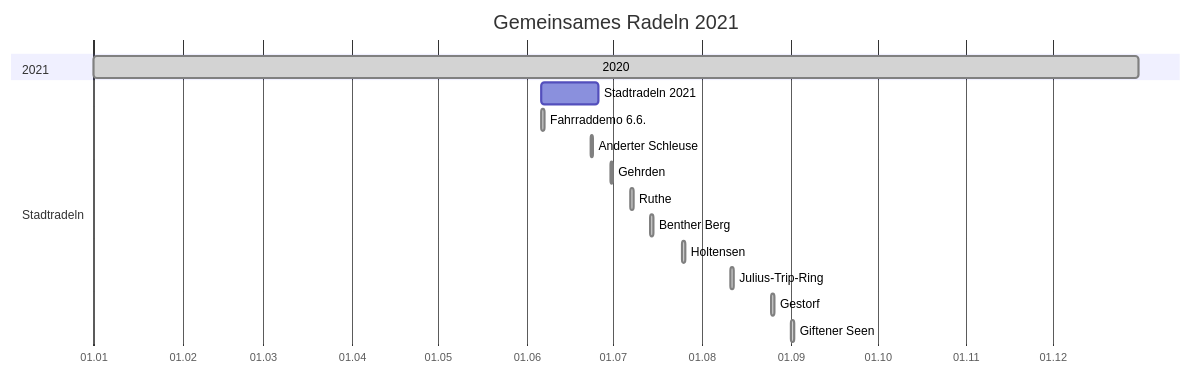
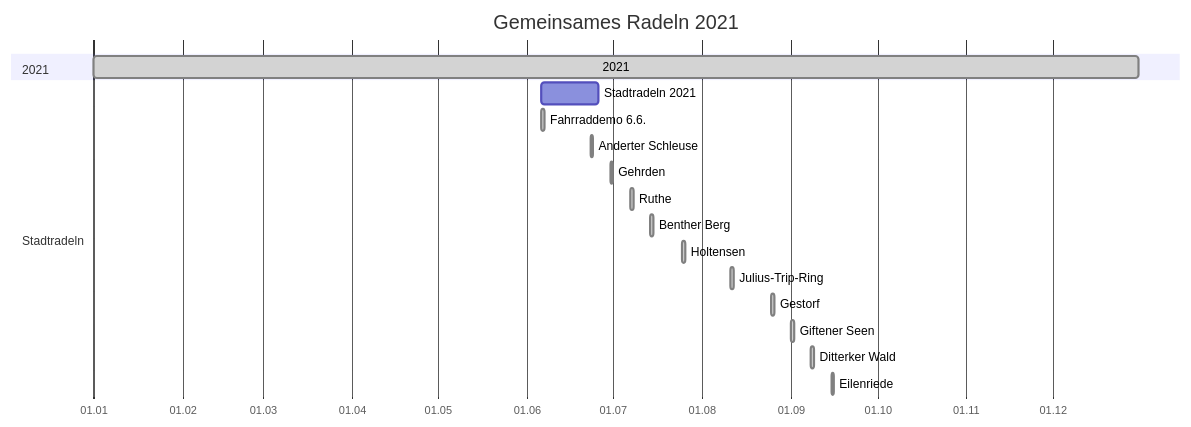
Before and after one commit to adfc-hemmingen-pattensen/adfc-hemmingen-pattensen.github.io: the first of 2 diagrams in index.md, drawn with Mermaid. The commit also changed other lines of this file and 1 other file, not shown here.

````diff
--- a/index.md
+++ b/index.md
@@ -225,21 +225,23 @@
 ``` mermaid
 gantt
 dateFormat  YYYY-MM-DD
 title Gemeinsames Radeln 2021
 axisFormat  %d.%m
 
 section 2021
-2020: done, 2021-01-01, 2021-12-31
+2021: done, 2021-01-01, 2021-12-31
 section Stadtradeln
 Stadtradeln 2021:  2021-06-06, 2021-06-26
 Fahrraddemo 6.6.:  done, 2021-06-06, 1d
 Anderter Schleuse: done, 2021-06-23, 1d
 Gehrden:           done, 2021-06-30, 1d
 Ruthe:             done, 2021-07-07, 1d
 Benther Berg:      done, 2021-07-14, 1d
 Holtensen:         done, 2021-07-25, 1d
 Julius-Trip-Ring:  done, 2021-08-11, 1d
 Gestorf:           done, 2021-08-25, 1d
 Giftener Seen:     done, 2021-09-01, 1d
+Ditterker Wald: done, 2021-09-08, 1d
+Eilenriede: done, 2021-09-15, 1d
 
 ```
````
